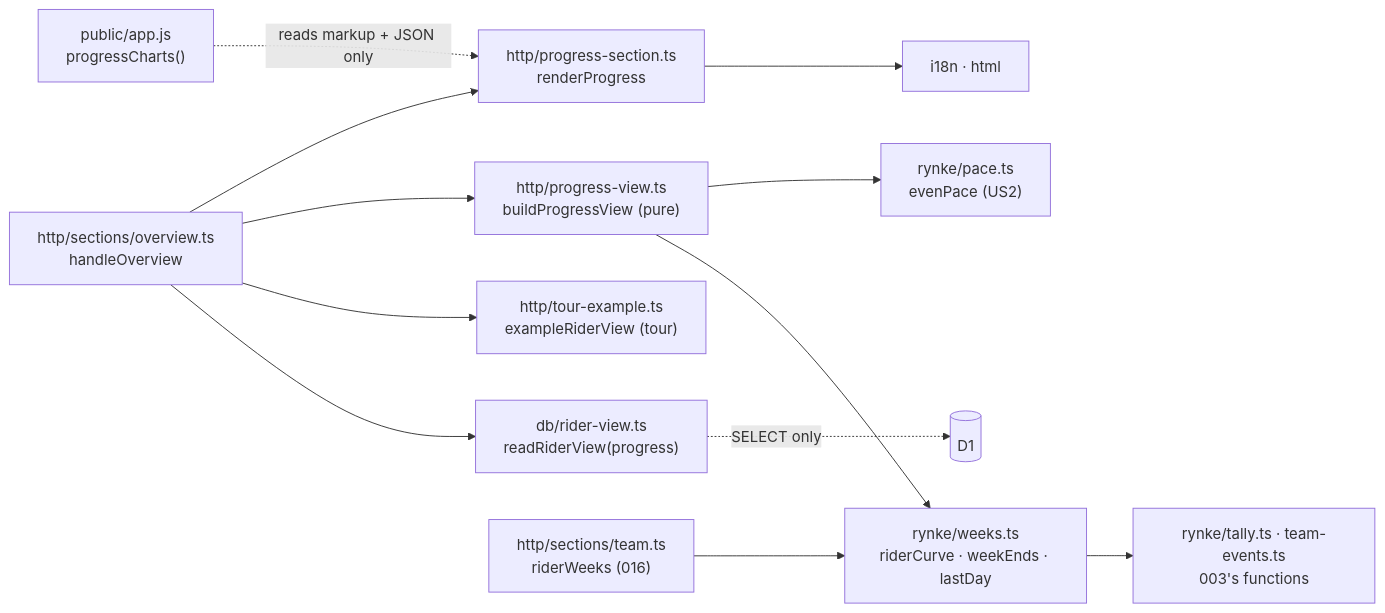
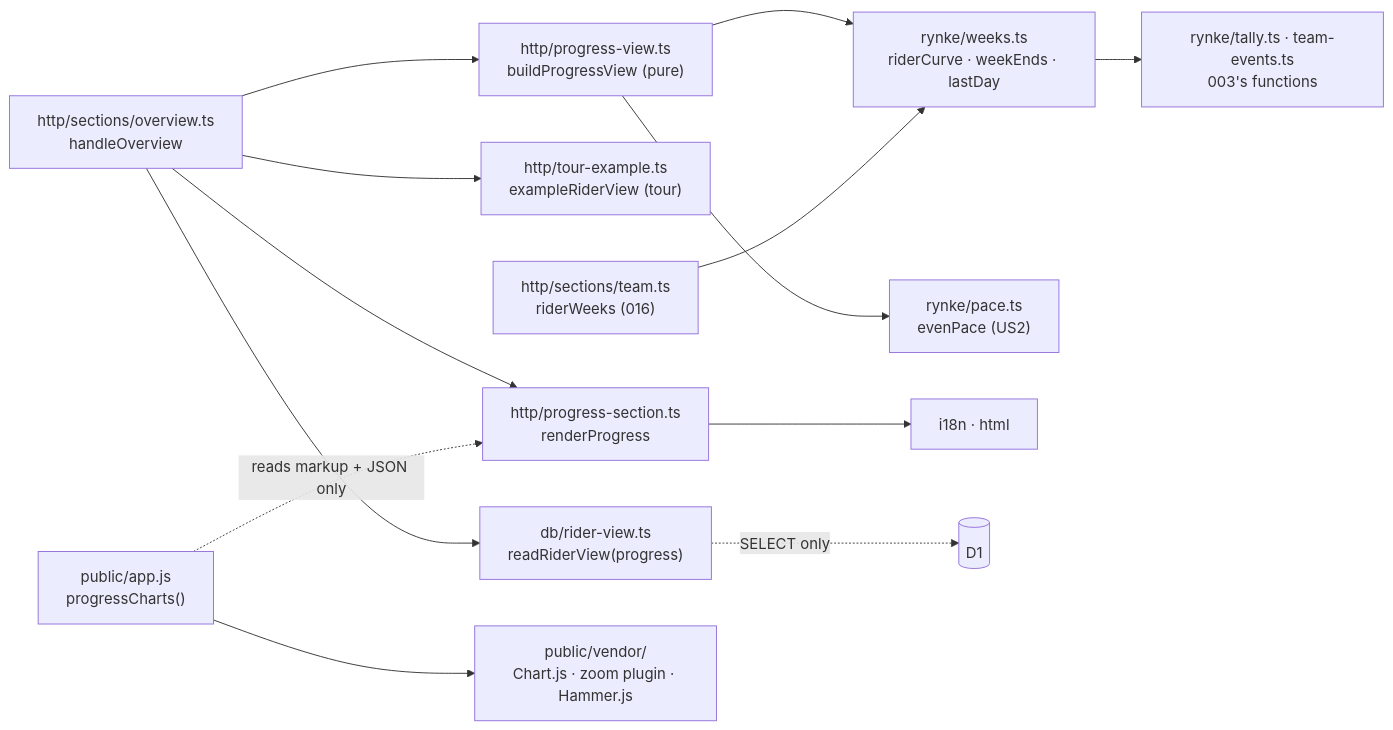
Before and after one commit to SaSteffen/RynkePoints: the first of 6 diagrams in specs/009-rider-progress-charts/plan.md, drawn with Mermaid. The commit also changed other lines of this file and 9 other files, not shown here.

First line of the commit message:
docs(009): re-plan the progress charts on Chart.js

````diff
--- a/specs/009-rider-progress-charts/plan.md
+++ b/specs/009-rider-progress-charts/plan.md
@@ -193,14 +208,15 @@
 ```mermaid
 flowchart LR
     ov["http/sections/overview.ts<br/>handleOverview"] --> read["db/rider-view.ts<br/>readRiderView(progress)"]
     ov --> ex["http/tour-example.ts<br/>exampleRiderView (tour)"]
     ov --> pview["http/progress-view.ts<br/>buildProgressView (pure)"]
     ov --> psec["http/progress-section.ts<br/>renderProgress"]
     pview --> weeks["rynke/weeks.ts<br/>riderCurve · weekEnds · lastDay"]
     pview --> pace["rynke/pace.ts<br/>evenPace (US2)"]
     weeks --> tally["rynke/tally.ts · team-events.ts<br/>003's functions"]
     team["http/sections/team.ts<br/>riderWeeks (016)"] --> weeks
     psec --> i18n["i18n · html"]
     app["public/app.js<br/>progressCharts()"] -. "reads markup + JSON only" .-> psec
+    app --> lib["public/vendor/<br/>Chart.js · zoom plugin · Hammer.js"]
     read -. "SELECT only" .-> d1[("D1")]
 ```
````
